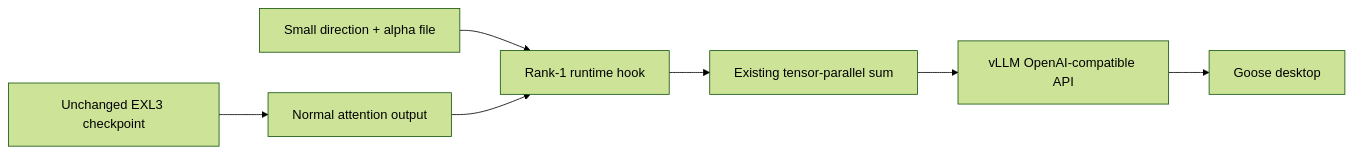
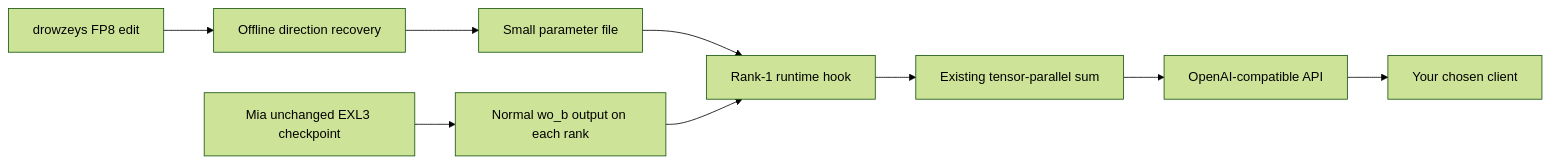
One commit to ultradaoto/deepseek-v41-exl3-two-sparks changed the diagram in README.md. Above: the diagram before and after it, drawn with Mermaid (forest theme). The commit also changed other lines of this file and 10 other files, not shown here.

````diff
--- a/README.md
+++ b/README.md
@@ -21,9 +76,11 @@
 ```mermaid
 flowchart LR
-    W[Unchanged EXL3 checkpoint] --> A[Normal attention output]
-    R[Small direction + alpha file] --> H[Rank-1 runtime hook]
+    D[drowzeys FP8 edit] --> C[Offline direction recovery]
+    C --> P[Small parameter file]
+    M[Mia unchanged EXL3 checkpoint] --> A[Normal wo_b output on each rank]
+    P --> H[Rank-1 runtime hook]
     A --> H
     H --> S[Existing tensor-parallel sum]
-    S --> V[vLLM OpenAI-compatible API]
-    V --> G[Goose desktop]
+    S --> V[OpenAI-compatible API]
+    V --> U[Your chosen client]
 ```
````
